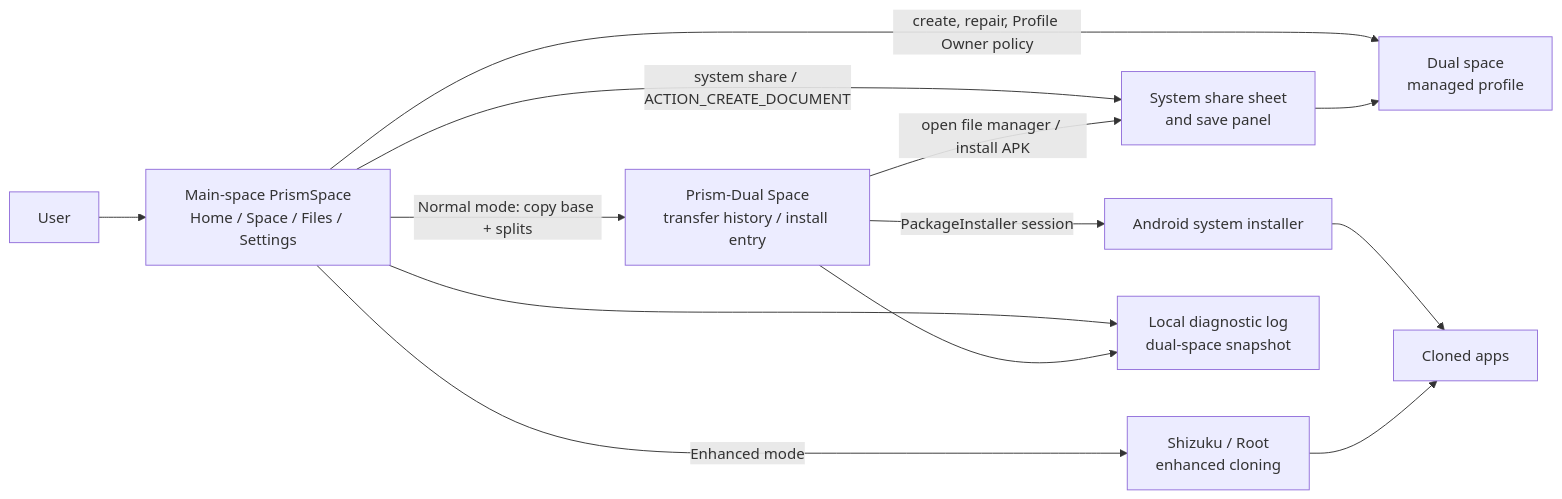
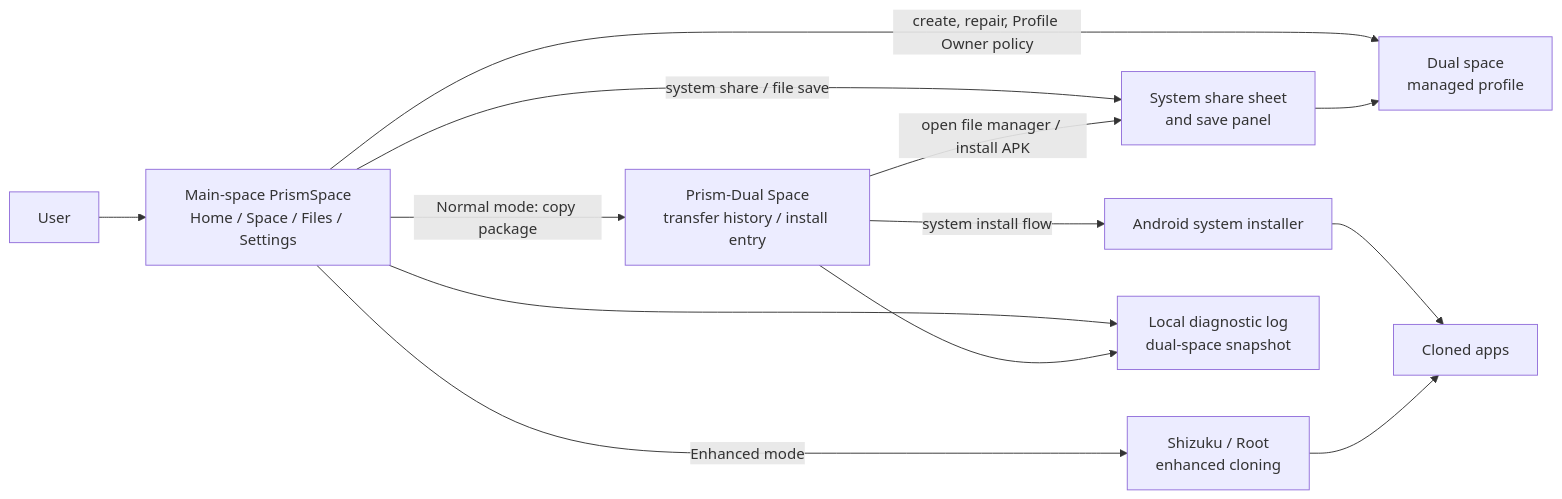
One commit to yanggeyyds/PrismSpace changed the diagram in README.en.md. Above: the diagram before and after it, drawn with Mermaid. The commit also changed other lines of this file and 2 other files, not shown here.

````diff
--- a/README.en.md
+++ b/README.en.md
@@ -54,23 +74,23 @@
 ```mermaid
 flowchart LR
     User["User"]
     Main["Main-space PrismSpace<br/>Home / Space / Files / Settings"]
     Profile["Dual space<br/>managed profile"]
     Entry["Prism-Dual Space<br/>transfer history / install entry"]
     Apps["Cloned apps"]
     Installer["Android system installer"]
     Files["System share sheet<br/>and save panel"]
     Privileged["Shizuku / Root<br/>enhanced cloning"]
     Diagnostics["Local diagnostic log<br/>dual-space snapshot"]
 
     User --> Main
     Main -- "create, repair, Profile Owner policy" --> Profile
-    Main -- "Normal mode: copy base + splits" --> Entry
-    Entry -- "PackageInstaller session" --> Installer
+    Main -- "Normal mode: copy package" --> Entry
+    Entry -- "system install flow" --> Installer
     Installer --> Apps
     Main -- "Enhanced mode" --> Privileged --> Apps
-    Main -- "system share / ACTION_CREATE_DOCUMENT" --> Files --> Profile
+    Main -- "system share / file save" --> Files --> Profile
     Entry -- "open file manager / install APK" --> Files
     Main --> Diagnostics
     Entry --> Diagnostics
 ```
````
